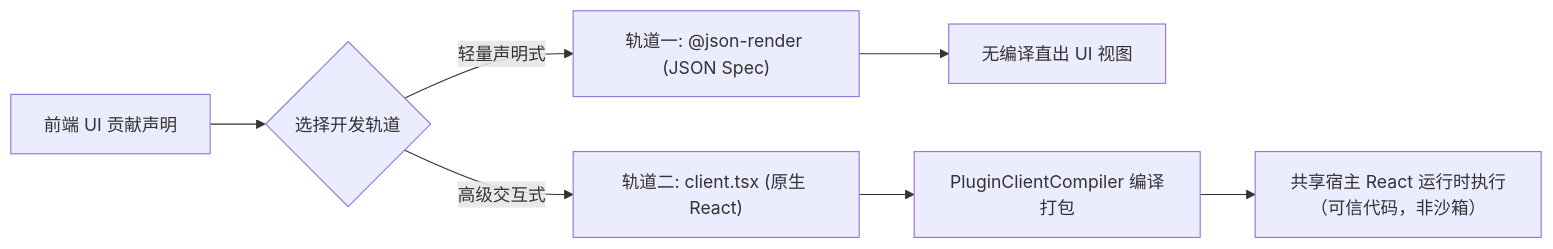
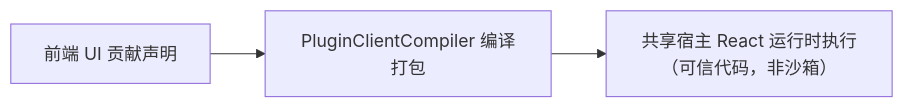
One commit to team4u/helm changed the second of 2 diagrams in docs/plugins/plugin-development.md. Above: the diagram before and after it, drawn with Mermaid. The commit also changed other lines of this file and 10 other files, not shown here.

Commit message:
docs(architecture): 微内核瘦身契约同步——移除双7对称与watchdog_tick、Worktree迁入workflow、client.tsx单轨与json-render/mermaid插件化

````diff
--- a/docs/plugins/plugin-development.md
+++ b/docs/plugins/plugin-development.md
@@ -145,9 +148,5 @@
 ```mermaid
 flowchart LR
-    Submissions["前端 UI 贡献声明"] --> TrackChoice{"选择开发轨道"}
-    TrackChoice -- 轻量声明式 --> Track1["轨道一: @json-render (JSON Spec)"]
-    TrackChoice -- 高级交互式 --> Track2["轨道二: client.tsx (原生 React)"]
-    Track1 --> FastRender["无编译直出 UI 视图"]
-    Track2 --> Compiler["PluginClientCompiler 编译打包"]
+    Submissions["前端 UI 贡献声明"] --> Compiler["PluginClientCompiler 编译打包"]
     Compiler --> SharedRun["共享宿主 React 运行时执行（可信代码，非沙箱）"]
 ```
````
